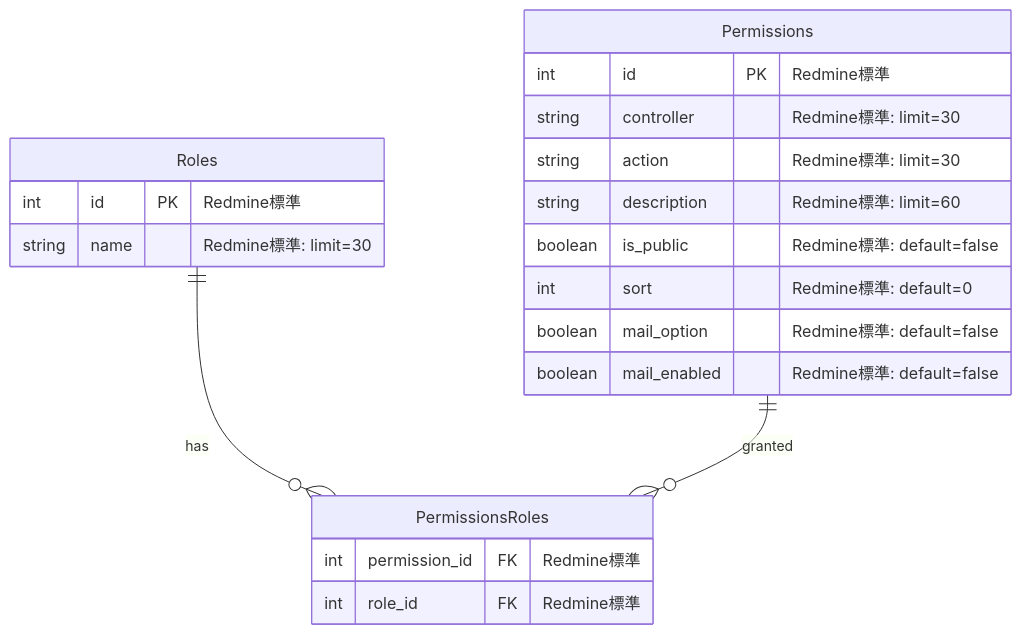
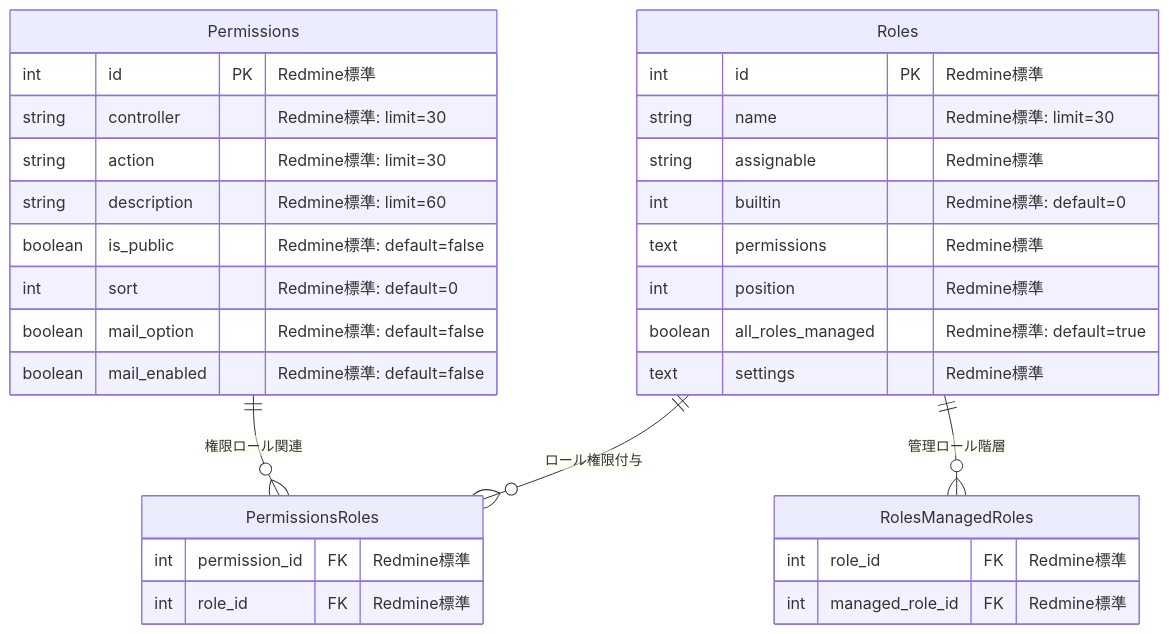
Before and after one commit to daichiTAAA/AgentOpsPlatform: the fifth of 29 diagrams in docs/030000_設計/035000_データ設計/035010_ER図.md, drawn with Mermaid. The commit also changed other lines of this file, not shown here.

````diff
--- a/docs/030000_設計/035000_データ設計/035010_ER図.md
+++ b/docs/030000_設計/035000_データ設計/035010_ER図.md
@@ -205,26 +320,39 @@
 ```mermaid
 erDiagram
     Roles {
         int id PK "Redmine標準"
         string name "Redmine標準: limit=30"
+        string assignable "Redmine標準"
+        int builtin "Redmine標準: default=0"
+        text permissions "Redmine標準"
+        int position "Redmine標準"
+        boolean all_roles_managed "Redmine標準: default=true"
+        text settings "Redmine標準"
     }
     
     Permissions {
         int id PK "Redmine標準"
         string controller "Redmine標準: limit=30"
         string action "Redmine標準: limit=30" 
         string description "Redmine標準: limit=60"
         boolean is_public "Redmine標準: default=false"
         int sort "Redmine標準: default=0"
         boolean mail_option "Redmine標準: default=false"
         boolean mail_enabled "Redmine標準: default=false"
     }
     
     PermissionsRoles {
         int permission_id FK "Redmine標準"
         int role_id FK "Redmine標準"
     }
+    
+    RolesManagedRoles {
+        int role_id FK "Redmine標準"
+        int managed_role_id FK "Redmine標準"
+    }
 
-    Roles ||--o{ PermissionsRoles : has
-    Permissions ||--o{ PermissionsRoles : granted
+    %% 関係性
+    Roles ||--o{ PermissionsRoles : "ロール権限付与"
+    Permissions ||--o{ PermissionsRoles : "権限ロール関連"
+    Roles ||--o{ RolesManagedRoles : "管理ロール階層"
 ```
````
